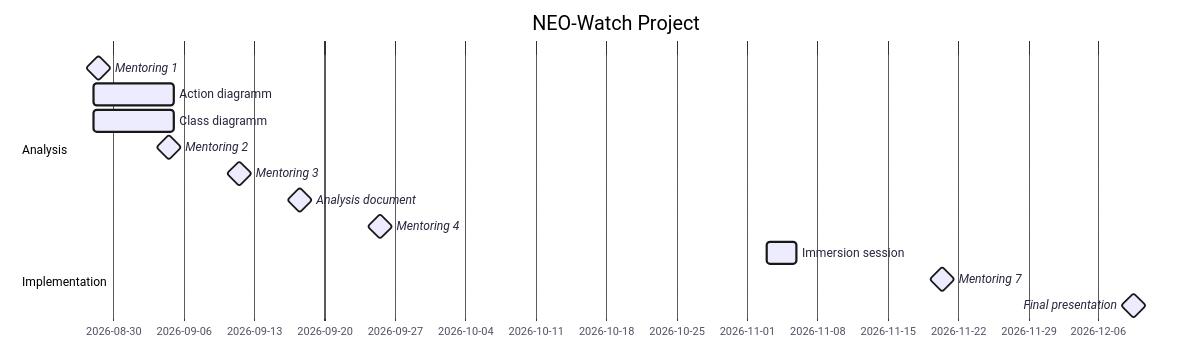
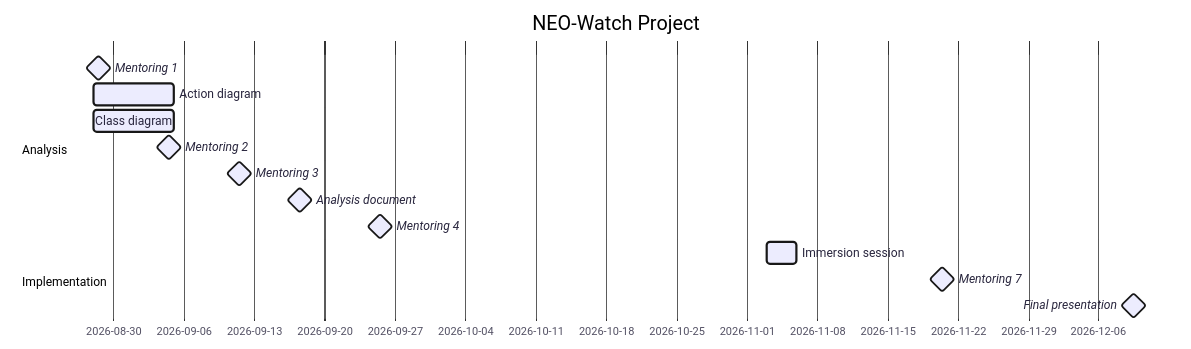
One commit to Yazaaaaaa/ensai-it-project-2a-team2 changed the diagram in doc/gantt_diagram.md. Above: the diagram before and after it, drawn with Mermaid. The commit also changed 1 other file, not shown here.

Commit message:
modif diagrams

````diff
--- a/doc/gantt_diagram.md
+++ b/doc/gantt_diagram.md
@@ -1,21 +1,21 @@
 ```mermaid
 ---
 config:
   theme: redux
 ---
 gantt
     title NEO-Watch Project
     dateFormat YYYY-MM-DD
     section Analysis
         Mentoring 1        :milestone, 2026-08-28, 1d
-        Action diagramm    :2026-08-28, 8d
-        Class diagramm     :2026-08-28, 8d
+        Action diagram    :2026-08-28, 8d
+        Class diagram     :2026-08-28, 8d
         Mentoring 2        :milestone, 2026-09-04, 1d
         Mentoring 3        :milestone, 2026-09-11, 1d
         Analysis document  :milestone, 2026-09-17, 1d
         Mentoring 4        :milestone, 2026-09-25, 1d
     section Implementation
         Immersion session  :2026-11-03, 3d
         Mentoring 7        :milestone, 2026-11-20, 1d
         Final presentation :milestone, 2026-12-09, 1d
 ```
````
